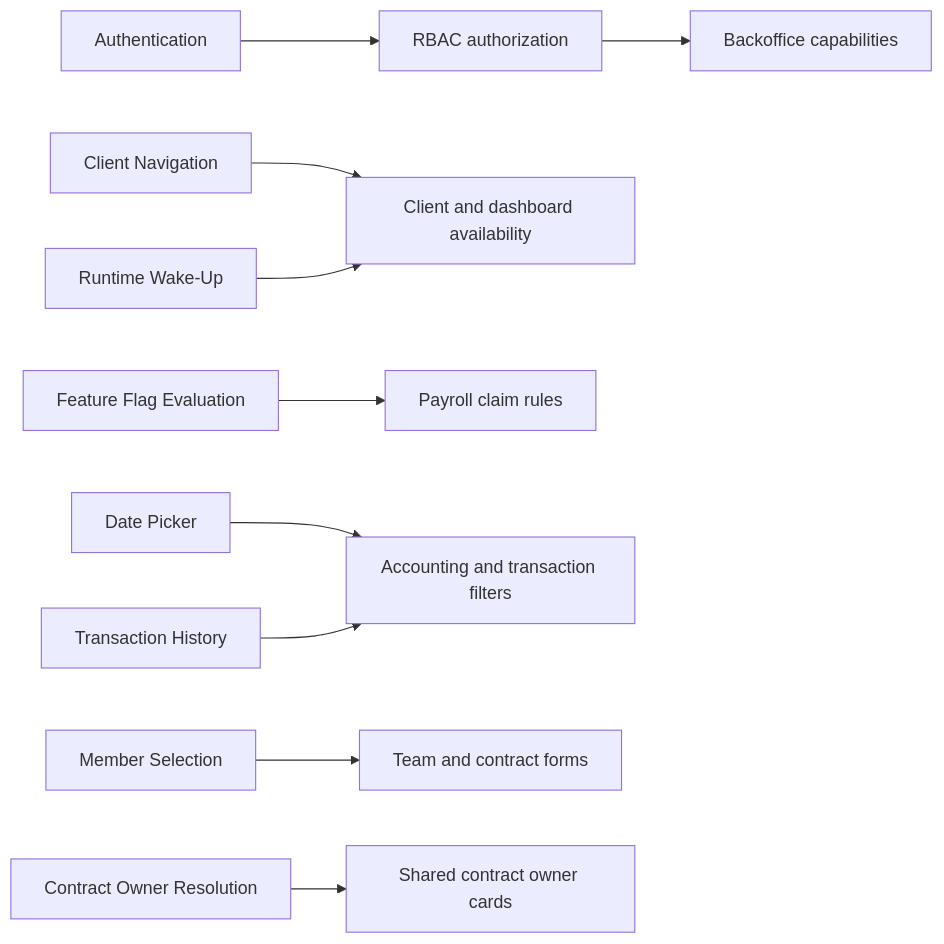
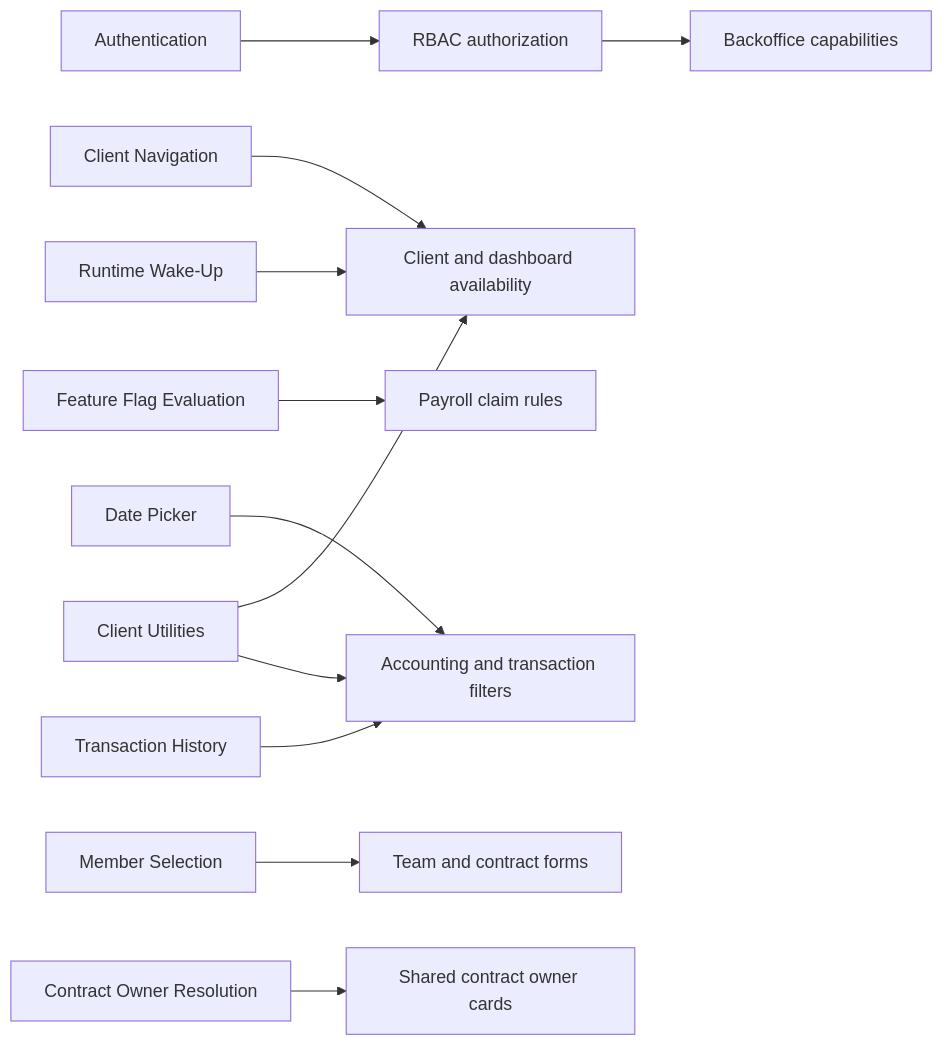
One commit to globe-and-citizen/cnc-portal changed the diagram in docs/implementation/README.md. Above: the diagram before and after it, drawn with Mermaid. The commit also changed other lines of this file and 28 other files, not shown here.

````diff
--- a/docs/implementation/README.md
+++ b/docs/implementation/README.md
@@ -17,12 +17,14 @@
 ```mermaid
 flowchart LR
   auth[Authentication] --> rbac[RBAC authorization]
   rbac --> backoffice[Backoffice capabilities]
   navigation[Client Navigation] --> client[Client feature entry points]
   flags[Feature Flag Evaluation] --> payroll[Payroll claim rules]
   wake[Runtime Wake-Up] --> client[Client and dashboard availability]
   datePicker[Date Picker] --> reports[Accounting and transaction filters]
   transactionHistory[Transaction History] --> reports
   selection[Member Selection] --> forms[Team and contract forms]
   owner[Contract Owner Resolution] --> cards[Shared contract owner cards]
+  utilities[Client Utilities] --> client
+  utilities --> reports
 ```
````
